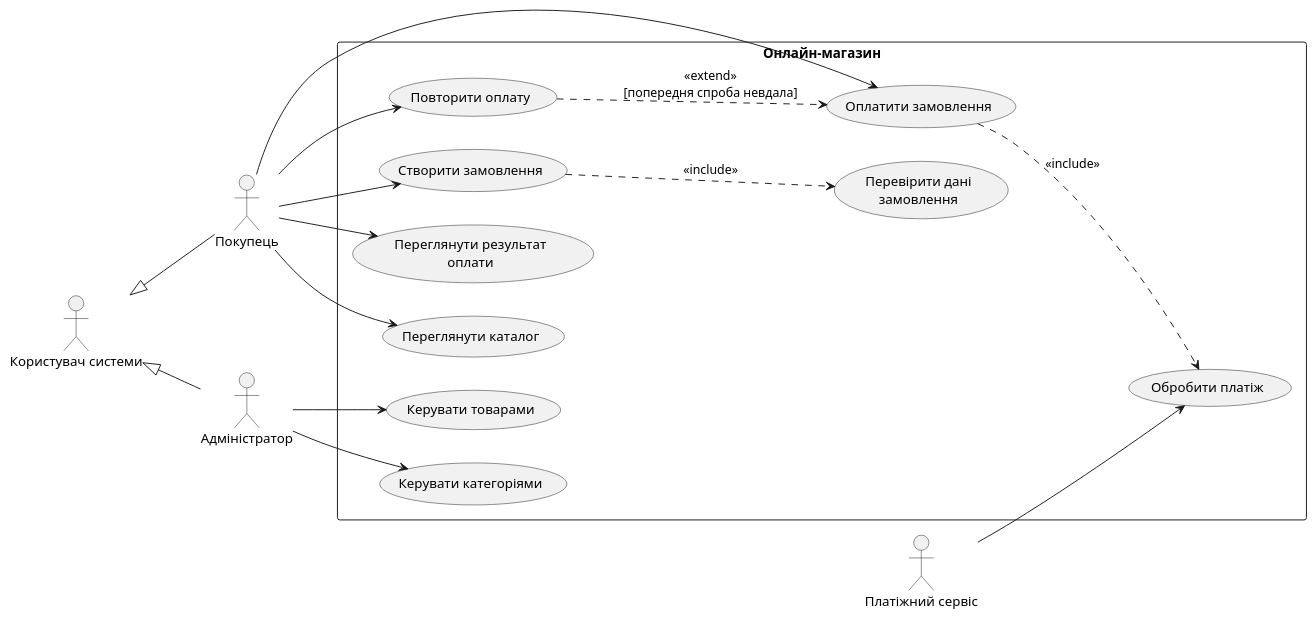
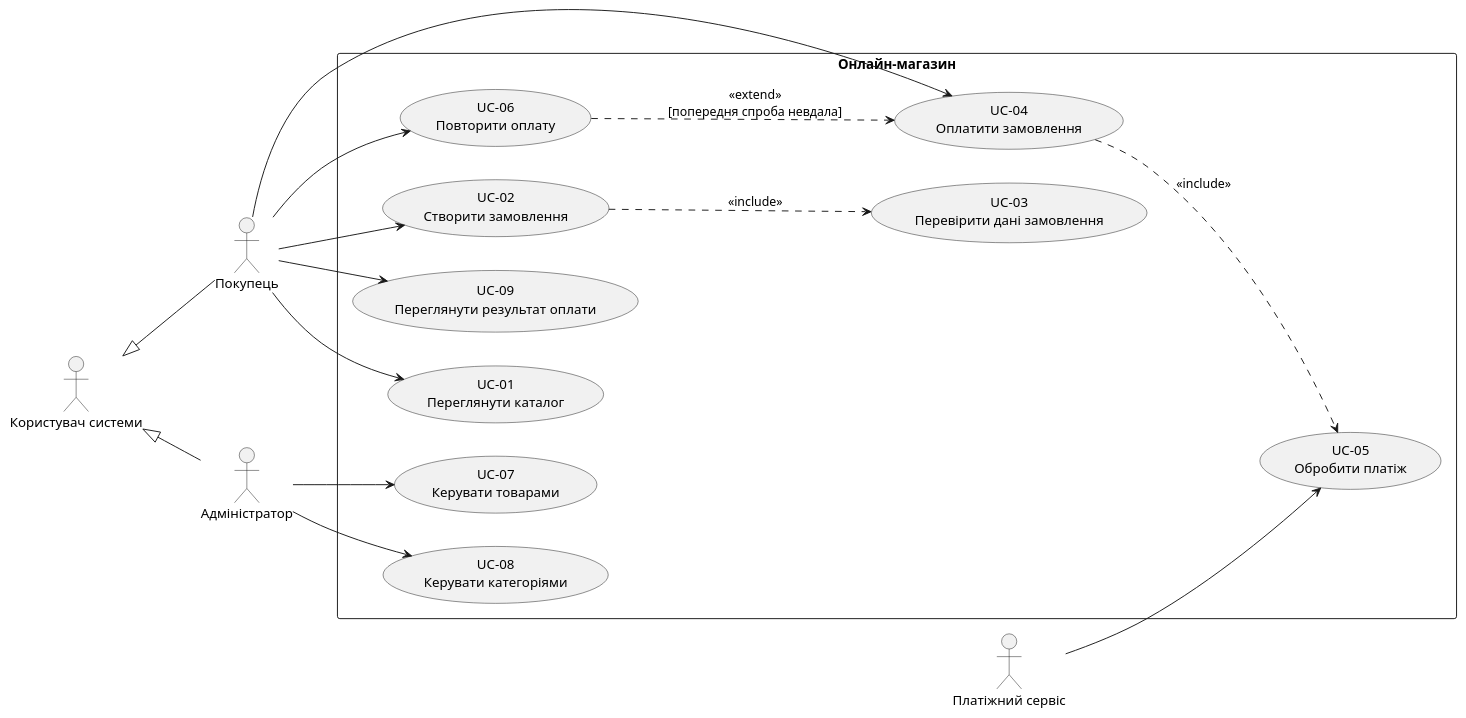
One commit to denisovatetiana-im-53/kpi changed the diagram in lab2/use-case-diagram.puml. Above: the diagram before and after it, drawn with PlantUML. The commit also changed other lines of this file and 1 other file, not shown here.

Commit message:
docs(lab2): align use case diagram with specification

```diff
--- a/lab2/use-case-diagram.puml
+++ b/lab2/use-case-diagram.puml
@@ -1,39 +2,39 @@
 @startuml
 left to right direction
 skinparam packageStyle rectangle
 
 actor "Користувач системи" as User
 actor "Покупець" as Buyer
 actor "Адміністратор" as Admin
 actor "Платіжний сервіс" as PaymentService
 
 User <|-- Buyer
 User <|-- Admin
 
 rectangle "Онлайн-магазин" {
-  usecase "Переглянути каталог" as UC1
-  usecase "Створити замовлення" as UC2
-  usecase "Перевірити дані\nзамовлення" as UC3
-  usecase "Оплатити замовлення" as UC4
-  usecase "Обробити платіж" as UC5
-  usecase "Повторити оплату" as UC6
-  usecase "Керувати товарами" as UC7
-  usecase "Керувати категоріями" as UC8
-  usecase "Переглянути результат\nоплати" as UC9
+  usecase "UC-01\nПереглянути каталог" as UC1
+  usecase "UC-02\nСтворити замовлення" as UC2
+  usecase "UC-03\nПеревірити дані замовлення" as UC3
+  usecase "UC-04\nОплатити замовлення" as UC4
+  usecase "UC-05\nОбробити платіж" as UC5
+  usecase "UC-06\nПовторити оплату" as UC6
+  usecase "UC-07\nКерувати товарами" as UC7
+  usecase "UC-08\nКерувати категоріями" as UC8
+  usecase "UC-09\nПереглянути результат оплати" as UC9
 }
 
 Buyer --> UC1
 Buyer --> UC2
 Buyer --> UC4
 Buyer --> UC6
 Buyer --> UC9
 
 UC2 ..> UC3 : <<include>>
 UC4 ..> UC5 : <<include>>
 UC6 ..> UC4 : <<extend>>\n[попередня спроба невдала]
 
 PaymentService --> UC5
 Admin --> UC7
 Admin --> UC8
 
 @enduml
```
